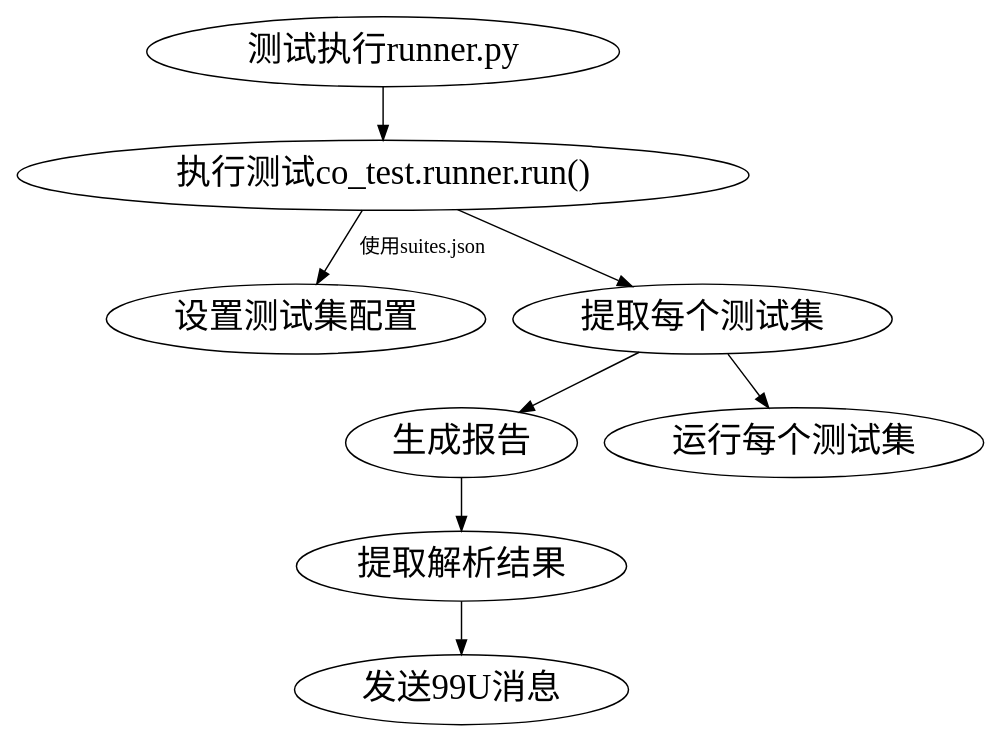
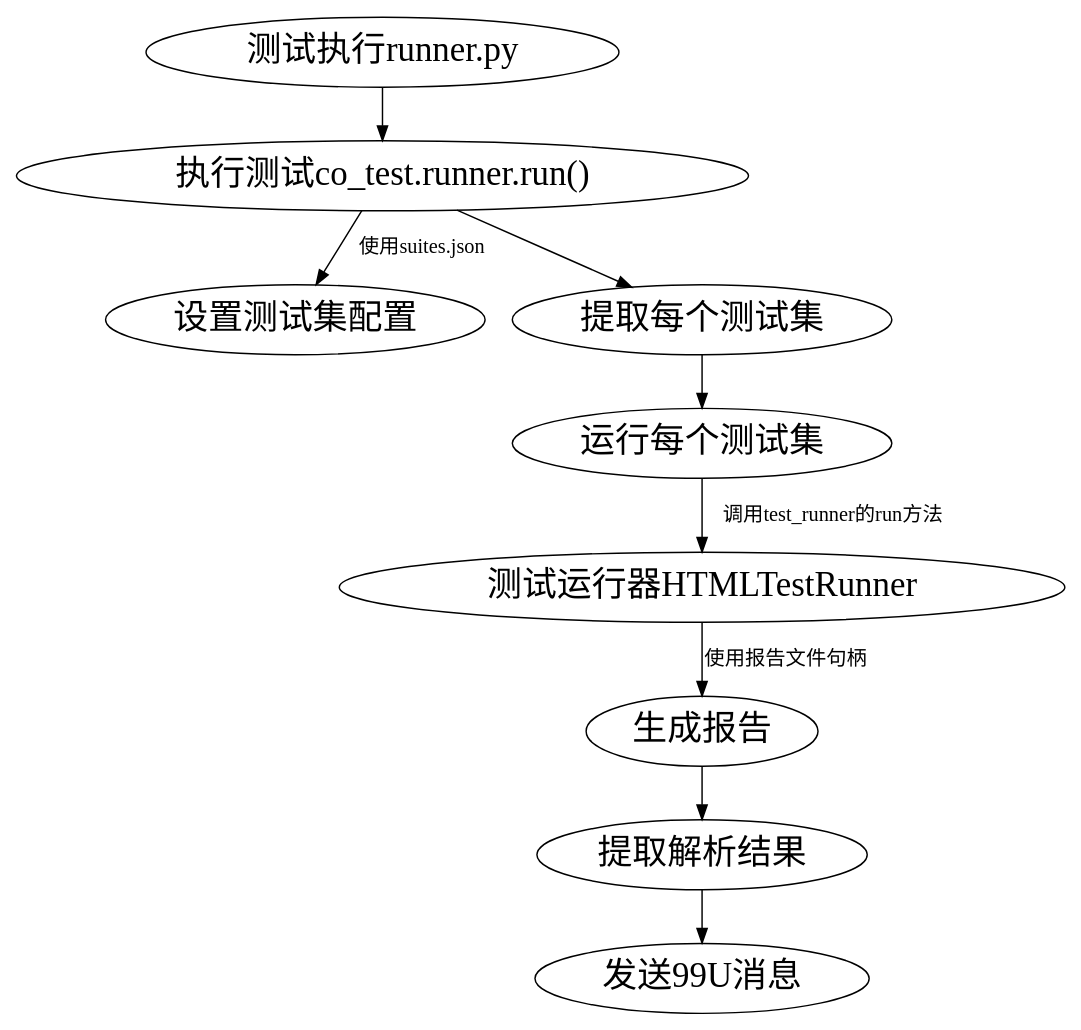
One commit to cleardo/dot_study changed the diagram in ndlib.dot. Above: the diagram before and after it, drawn with Graphviz. The commit also changed 3 other files, not shown here.

```diff
--- a/ndlib.dot
+++ b/ndlib.dot
@@ -1,37 +1,41 @@
 // 图
 digraph G {
     // 设置图属性
     // size
     // 设置全局结点中的字体
     node[fontsize=24];
 	runner [label="测试执行runner.py"]
 
 	report [label="生成报告"];
 
 	run [label="执行测试co_test.runner.run()"];
 	
 	set_case_list [label="设置测试集配置"];
 
 	get_test_cases [label="提取每个测试集"];
 
 	run_test_cases [label="运行每个测试集"];
 
 	get_result [label="提取解析结果"];
 
 	send_im [label="发送99U消息"];
 
 	runner -> run;
 
-	get_test_cases -> report;
-
 	run -> set_case_list [label="使用suites.json"];
 
 	run -> get_test_cases;
 
 	get_test_cases -> run_test_cases;
 
 	report -> get_result;
 
 	get_result -> send_im;
 
+	test_runner [label="测试运行器HTMLTestRunner"];
+
+	run_test_cases -> test_runner [label="调用test_runner的run方法"];
+
+	test_runner -> report [label="使用报告文件句柄"];
+
 }
```
